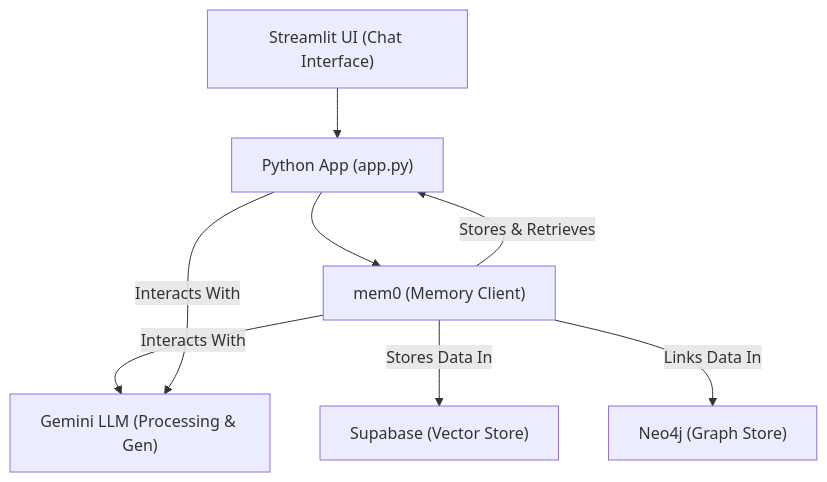
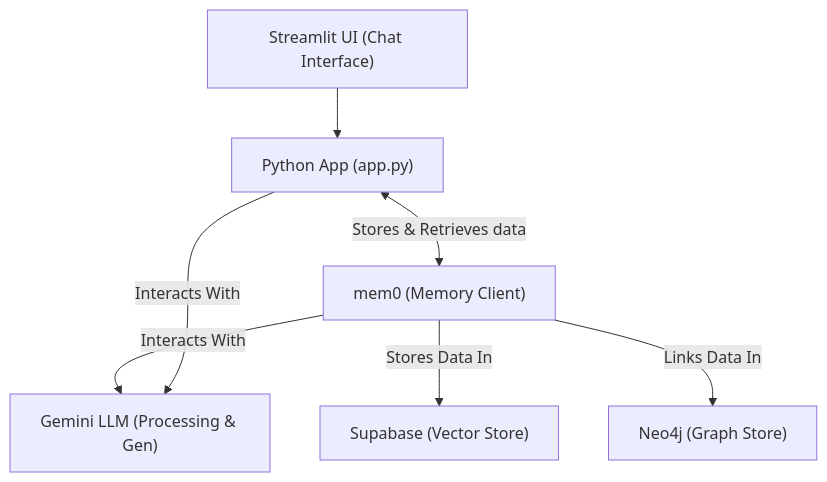
One commit to ytkaczyk/gemini-mem0-streamlit changed the diagram in planning.md. Above: the diagram before and after it, drawn with Mermaid. The commit also changed 2 other files, not shown here.

Commit message:
Implement code review items

````diff
--- a/planning.md
+++ b/planning.md
@@ -64,17 +64,16 @@
 ```mermaid
 flowchart TD;
   Streamlit["Streamlit UI (Chat Interface)"];
   PythonApp["Python App (app.py)"];
   Memory["mem0 (Memory Client)"];
   Gemini["Gemini LLM (Processing & Gen)"];
   Supabase["Supabase (Vector Store)"];
   Neo4j["Neo4j (Graph Store)"];
 
   Streamlit --> PythonApp;
-  PythonApp --> Memory;
-  Memory -->|Stores & Retrieves| PythonApp;
+  PythonApp <-->|Stores & Retrieves data| Memory; 
   Memory -->|Interacts With| Gemini;
   Memory -->|Stores Data In| Supabase;
   Memory -->|Links Data In| Neo4j;
   PythonApp --> |Interacts With| Gemini;
 ```
````
